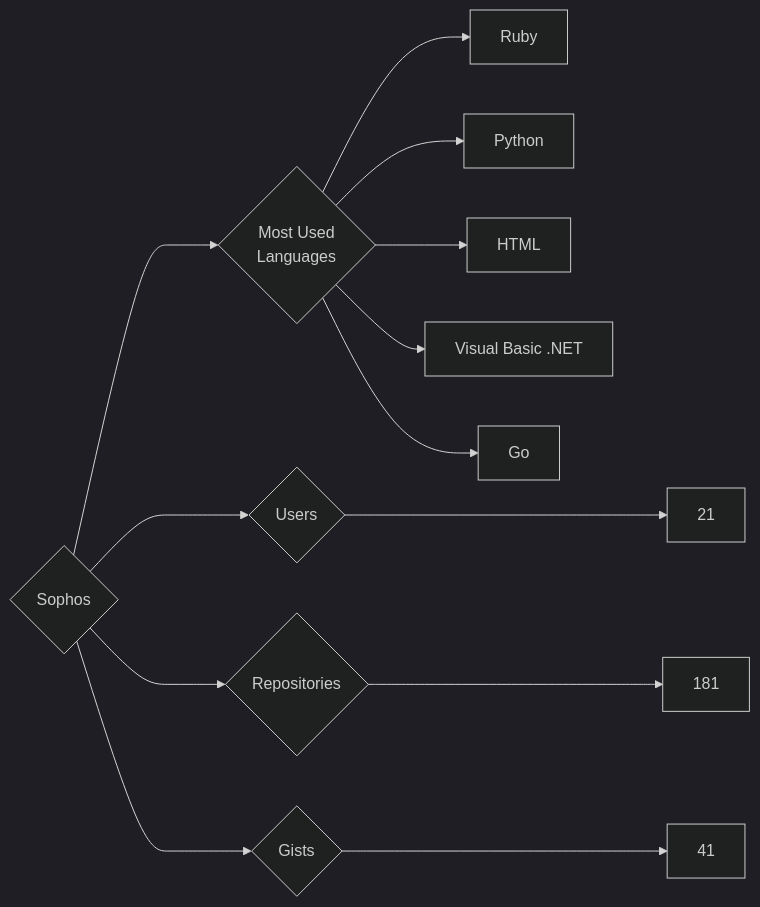
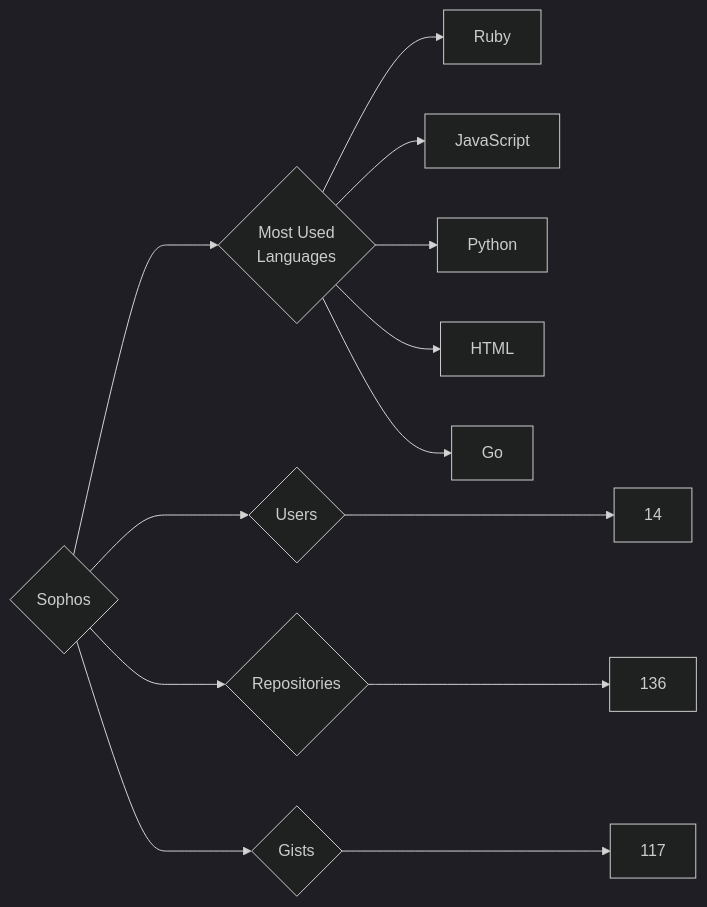
One commit to trickest/insiders changed the diagram in targets/Sophos/README.md. Above: the diagram before and after it, drawn with Mermaid (dark theme). The commit also changed 814 other files, not shown here.

````diff
--- a/targets/Sophos/README.md
+++ b/targets/Sophos/README.md
@@ -3,13 +3,13 @@
 ```mermaid
 graph LR
 COMPANY_NAME{Sophos}
-COMPANY_NAME ---> U{Users} ---> UN[21]
-COMPANY_NAME ---> R{Repositories} ---> RN[181]
-COMPANY_NAME ---> G{Gists} ---> GN[41]
+COMPANY_NAME ---> U{Users} ---> UN[14]
+COMPANY_NAME ---> R{Repositories} ---> RN[136]
+COMPANY_NAME ---> G{Gists} ---> GN[117]
 COMPANY_NAME ---> ML{Most Used<br>Languages}
 ML --> Ruby[Ruby]
+ML --> JavaScript[JavaScript]
 ML --> Python[Python]
 ML --> HTML[HTML]
-ML --> Visual_Basic_.NET[Visual Basic .NET]
 ML --> Go[Go]
 ```
````
